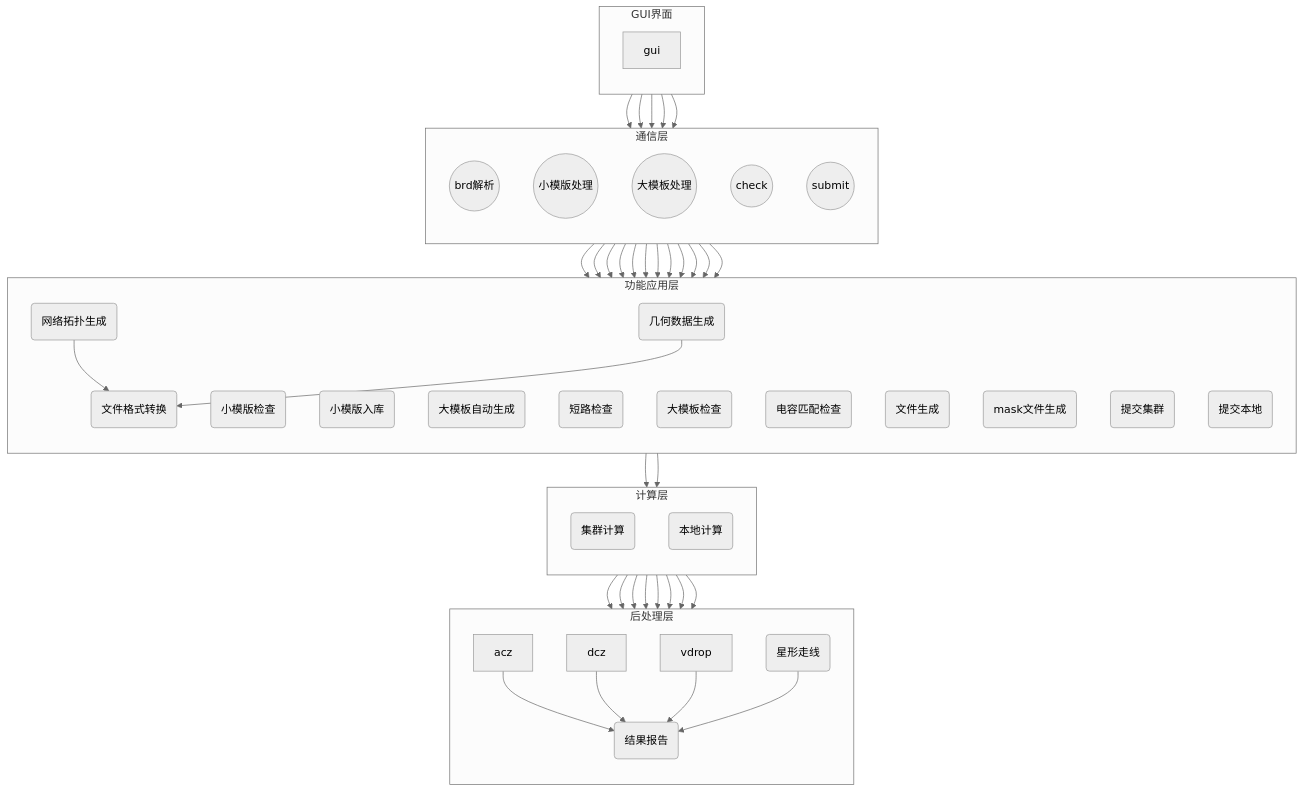
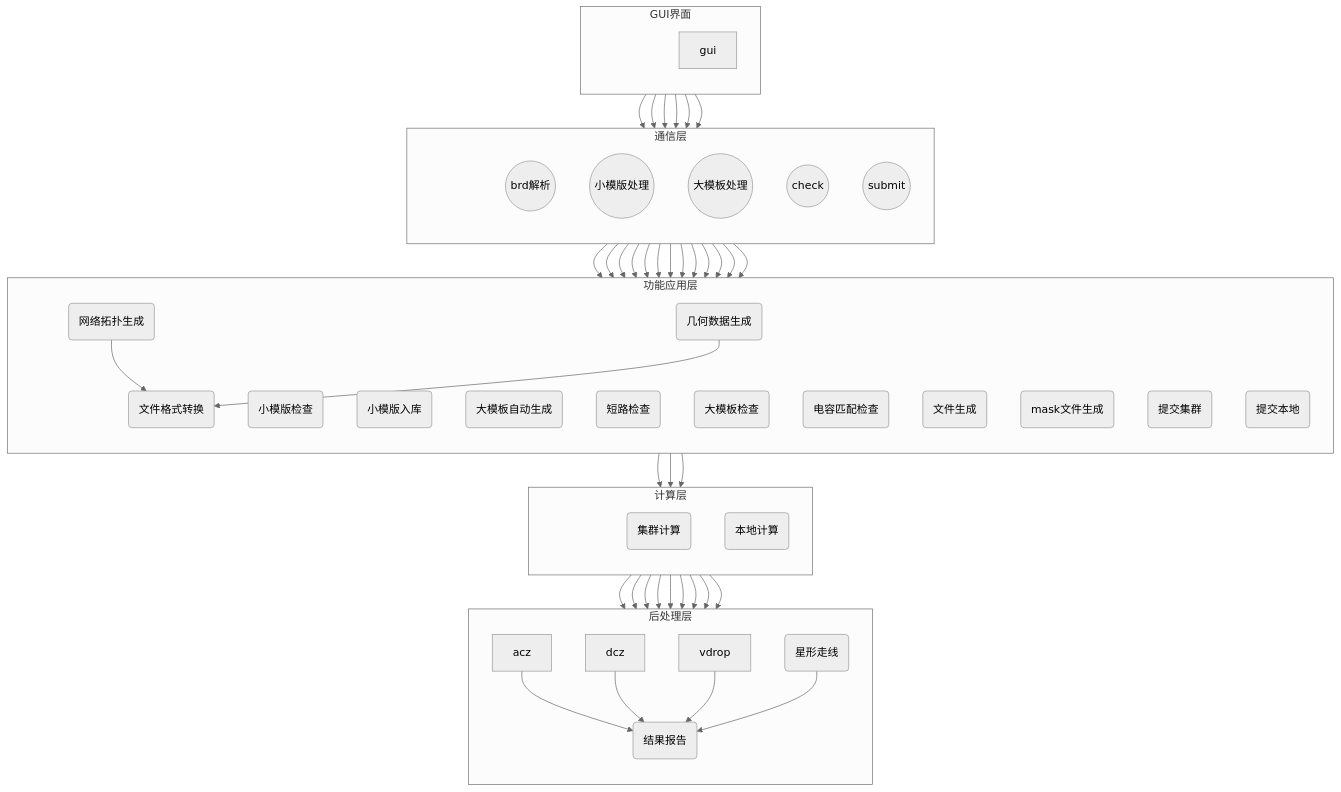
Before and after one commit to nyaru477/iodraw-files: the diagram in all/未命名.md, drawn with Mermaid (neutral theme).

Commit message:
2025-11-23 02:11:58 update

````diff
--- a/all/未命名.md
+++ b/all/未命名.md
@@ -1,9 +1,13 @@
 ```mermaid
-graph TD
+graph TB
+    %% 强制层级顺序（锚点链）
+    gui_anchor --> comm_anchor --> func_anchor --> calc_anchor --> post_anchor
     subgraph "GUI界面"
         direction TB
         gui
+        gui_anchor[ ]
     end
+    style gui_anchor fill:transparent,stroke:transparent
     subgraph "通信层"
         direction TB
         brd_parse(("brd解析"))
@@ -11,7 +15,9 @@
         big_template(("大模板处理"))
         check(("check"))
         submit(("submit"))
+        comm_anchor[ ]
     end
+    style comm_anchor fill:transparent,stroke:transparent
     subgraph "功能应用层"
         direction TB
         network_topo_gen("网络拓扑生成")
@@ -27,12 +33,16 @@
         mask_gen("mask文件生成")
         cluster_submit("提交集群")
         local_submit("提交本地")
+        func_anchor[ ]
     end
+    style func_anchor fill:transparent,stroke:transparent
     subgraph "计算层"
         direction TB
         cluster_calc("集群计算")
         local_calc("本地计算")
+        calc_anchor[ ]
     end
+    style calc_anchor fill:transparent,stroke:transparent
     subgraph "后处理层"
         direction TB
         acz
@@ -40,7 +50,9 @@
         vdrop
         star_routing("星形走线")
         result_report("结果报告")
+        post_anchor[ ]
     end
+    style post_anchor fill:transparent,stroke:transparent
     gui --> brd_parse
     gui --> small_template
     gui --> big_template
````
